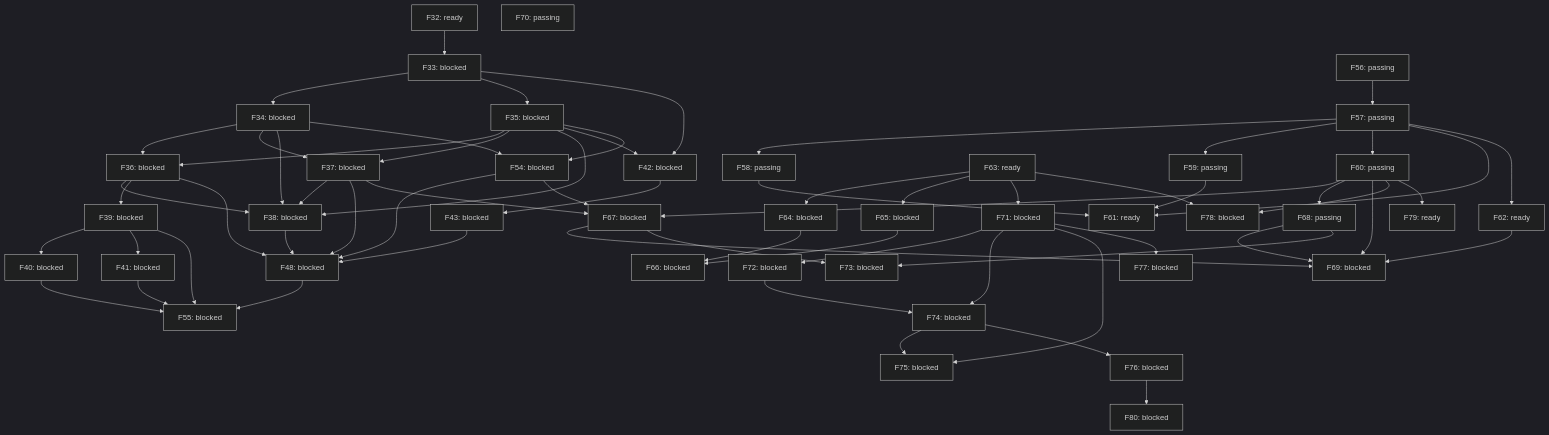
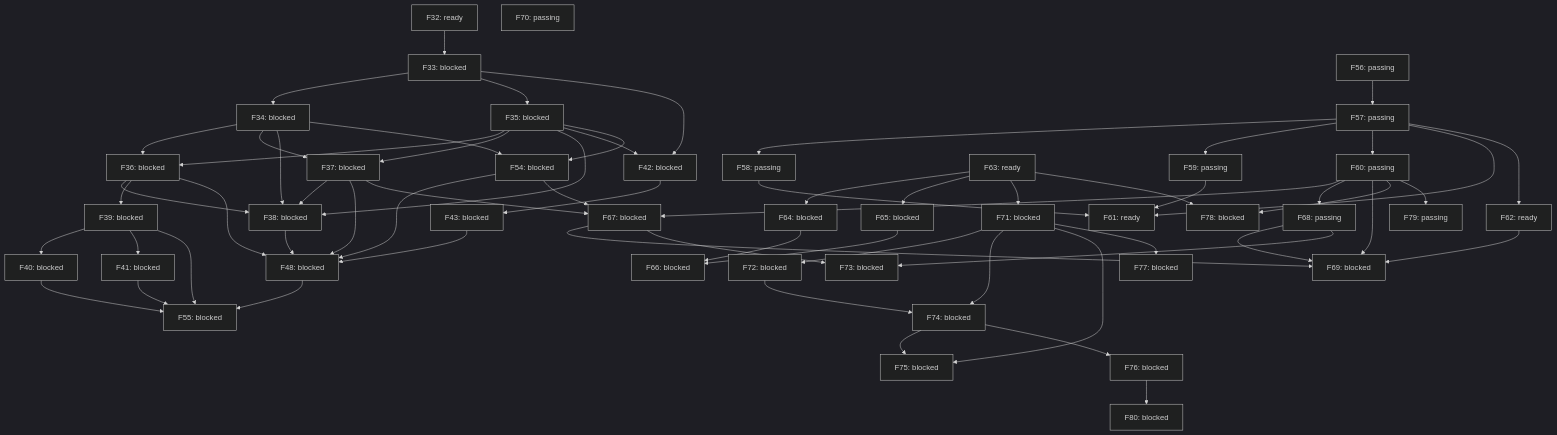
One commit to alex-nax/rengine changed the diagram in docs/roadmap-graph.md. Above: the diagram before and after it, drawn with Mermaid (dark theme). The commit also changed other lines of this file and 16 other files, not shown here.

```diff
--- a/docs/roadmap-graph.md
+++ b/docs/roadmap-graph.md
@@ -104,7 +104,7 @@
   F78["F78: blocked"]
   F63 --> F78
   F60 --> F78
-  F79["F79: ready"]
+  F79["F79: passing"]
   F60 --> F79
   F80["F80: blocked"]
   F76 --> F80
```
